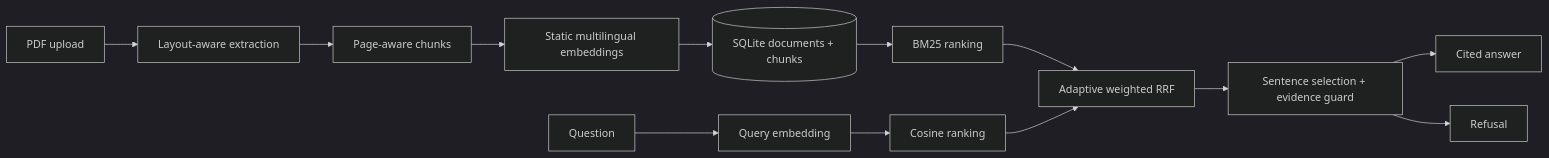
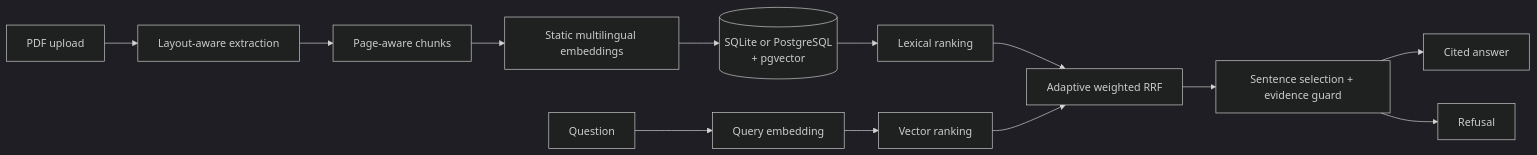
The diagram in README.md (FerRobles616/manualiq), drawn with Mermaid (dark theme) before and after one commit. The commit also changed other lines of this file and 16 other files, not shown here.

````diff
--- a/README.md
+++ b/README.md
@@ -73,15 +75,15 @@
 ```mermaid
 flowchart LR
     PDF[PDF upload] --> Extract[Layout-aware extraction]
     Extract --> Chunk[Page-aware chunks]
     Chunk --> Embed[Static multilingual embeddings]
-    Embed --> Store[(SQLite documents + chunks)]
+    Embed --> Store[(SQLite or PostgreSQL<br/>+ pgvector)]
     Q[Question] --> QEmbed[Query embedding]
-    Store --> BM25[BM25 ranking]
-    QEmbed --> Vector[Cosine ranking]
+    Store --> BM25[Lexical ranking]
+    QEmbed --> Vector[Vector ranking]
     BM25 --> RRF[Adaptive weighted RRF]
     Vector --> RRF
     RRF --> Select[Sentence selection + evidence guard]
     Select --> Answer[Cited answer]
     Select --> Refuse[Refusal]
 ```
````
